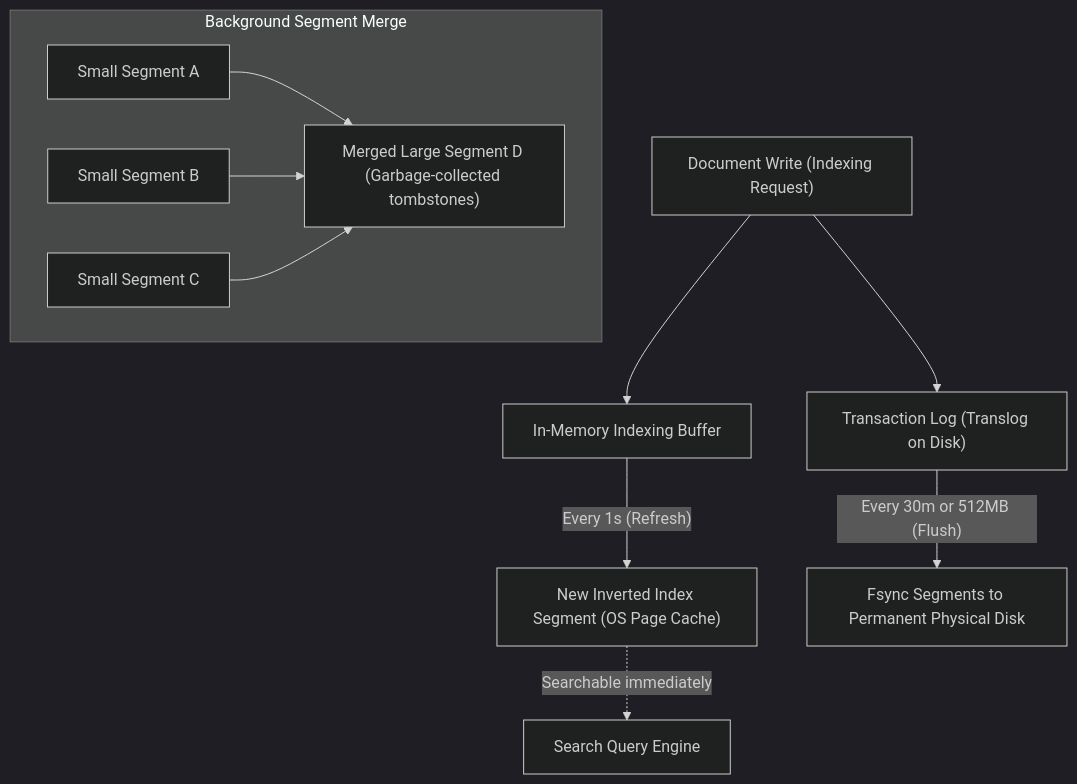
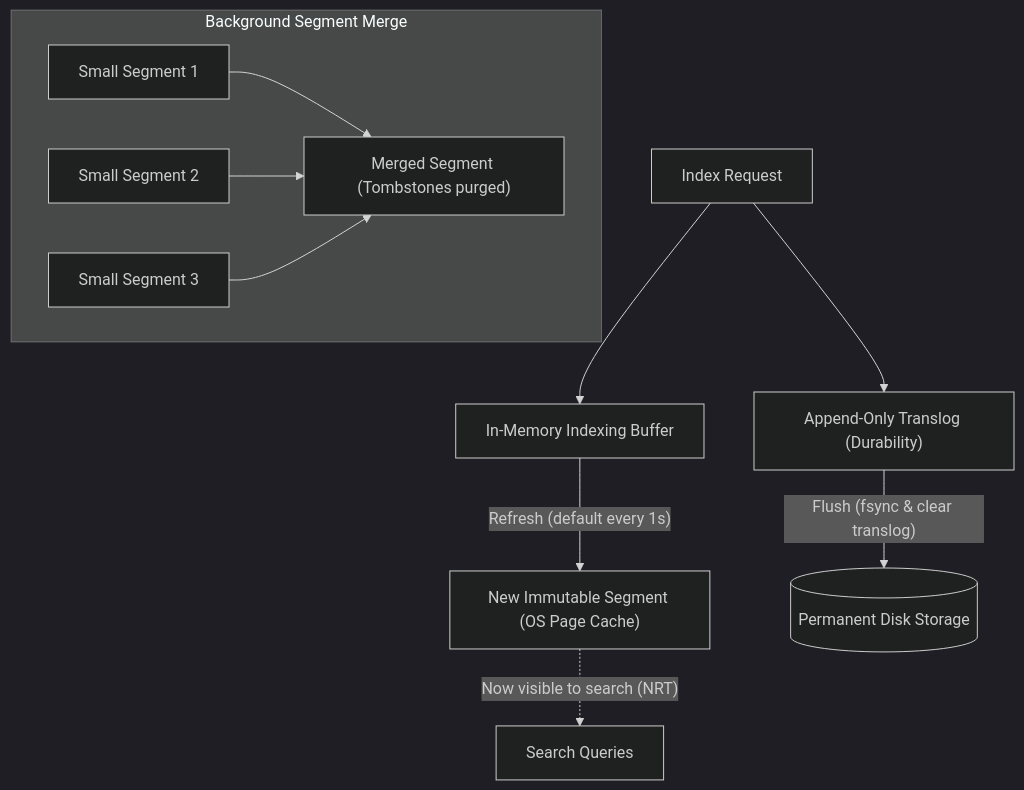
Before and after one commit to ravishankar2463/java_hub: the fourth of 5 diagrams in content/roadmap/level-7/full-text-search-with-elasticsearch.md, drawn with Mermaid (dark theme). The commit also changed other lines of this file and 119 other files, not shown here.

Commit message:
feat: add comprehensive java learning roadmap content across multiple levels

````diff
--- a/content/roadmap/level-7/full-text-search-with-elasticsearch.md
+++ b/content/roadmap/level-7/full-text-search-with-elasticsearch.md
@@ -98,20 +205,16 @@
 ```mermaid
 flowchart TD
-    DocWrite["Document Write (Indexing Request)"] --> MemoryBuffer["In-Memory Indexing Buffer"]
-    DocWrite --> Translog["Transaction Log (Translog on Disk)"]
+    Write["Index Request"] --> Buffer["In-Memory Indexing Buffer"]
+    Write --> Translog["Append-Only Translog (Durability)"]
 
-    MemoryBuffer -->|"Every 1s (Refresh)"| PageCache["New Inverted Index Segment (OS Page Cache)"]
-    PageCache -.->|"Searchable immediately"| QueryEngine["Search Query Engine"]
+    Buffer -->|"Refresh (default every 1s)"| Segment["New Immutable Segment (OS Page Cache)"]
+    Segment -.->|"Now visible to search (NRT)"| Search["Search Queries"]
 
-    Translog -->|"Every 30m or 512MB (Flush)"| Disk["Fsync Segments to Permanent Physical Disk"]
-    
-    subgraph MergeProcess["Background Segment Merge"]
-        Seg1["Small Segment A"]
-        Seg2["Small Segment B"]
-        Seg3["Small Segment C"]
-        SegMerge["Merged Large Segment D (Garbage-collected tombstones)"]
-        Seg1 --> SegMerge
-        Seg2 --> SegMerge
-        Seg3 --> SegMerge
+    Translog -->|"Flush (fsync & clear translog)"| Disk[("Permanent Disk Storage")]
+
+    subgraph Merge["Background Segment Merge"]
+        S1["Small Segment 1"] --> Big["Merged Segment (Tombstones purged)"]
+        S2["Small Segment 2"] --> Big
+        S3["Small Segment 3"] --> Big
     end
 ```
````
